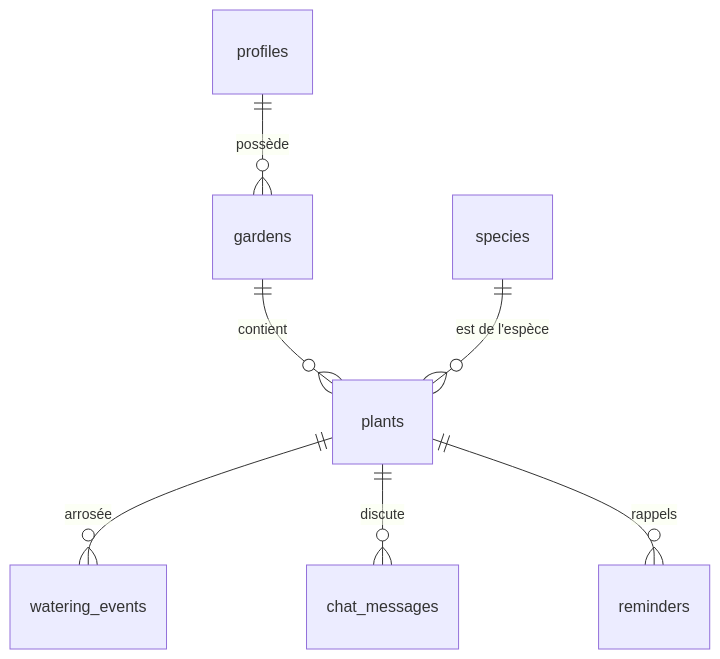
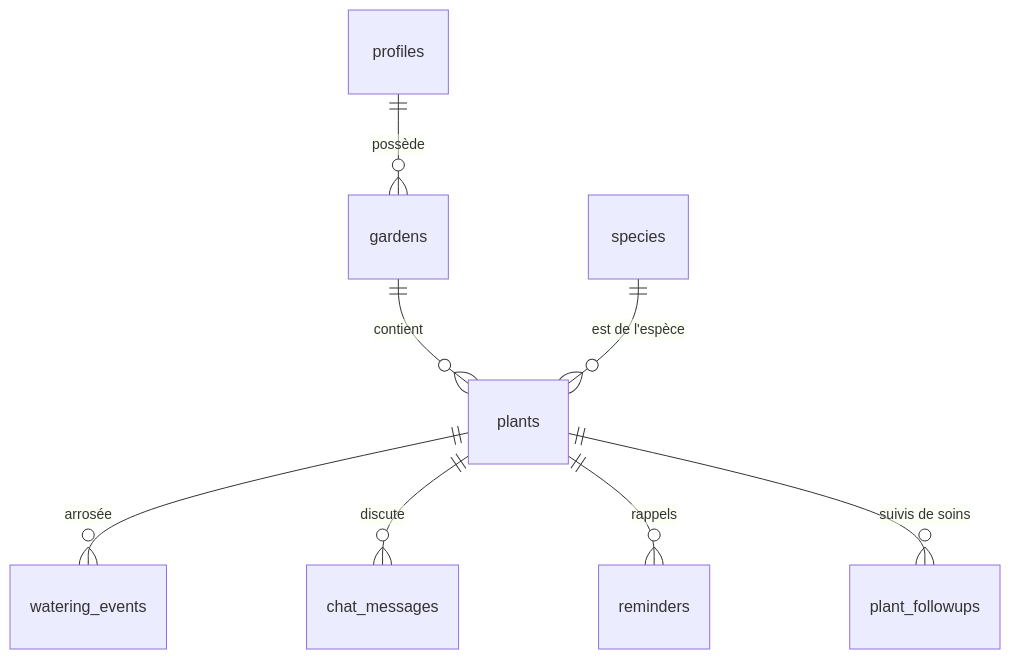
One commit to DimKlen/Zeve changed the diagram in docs/07-donnees-backend.md. Above: the diagram before and after it, drawn with Mermaid. The commit also changed other lines of this file and 11 other files, not shown here.

````diff
--- a/docs/07-donnees-backend.md
+++ b/docs/07-donnees-backend.md
@@ -9,9 +9,10 @@
 ```mermaid
 erDiagram
   profiles ||--o{ gardens : possède
   gardens ||--o{ plants : contient
   species ||--o{ plants : "est de l'espèce"
   plants ||--o{ watering_events : "arrosée"
   plants ||--o{ chat_messages : "discute"
   plants ||--o{ reminders : "rappels"
+  plants ||--o{ plant_followups : "suivis de soins"
 ```
````
